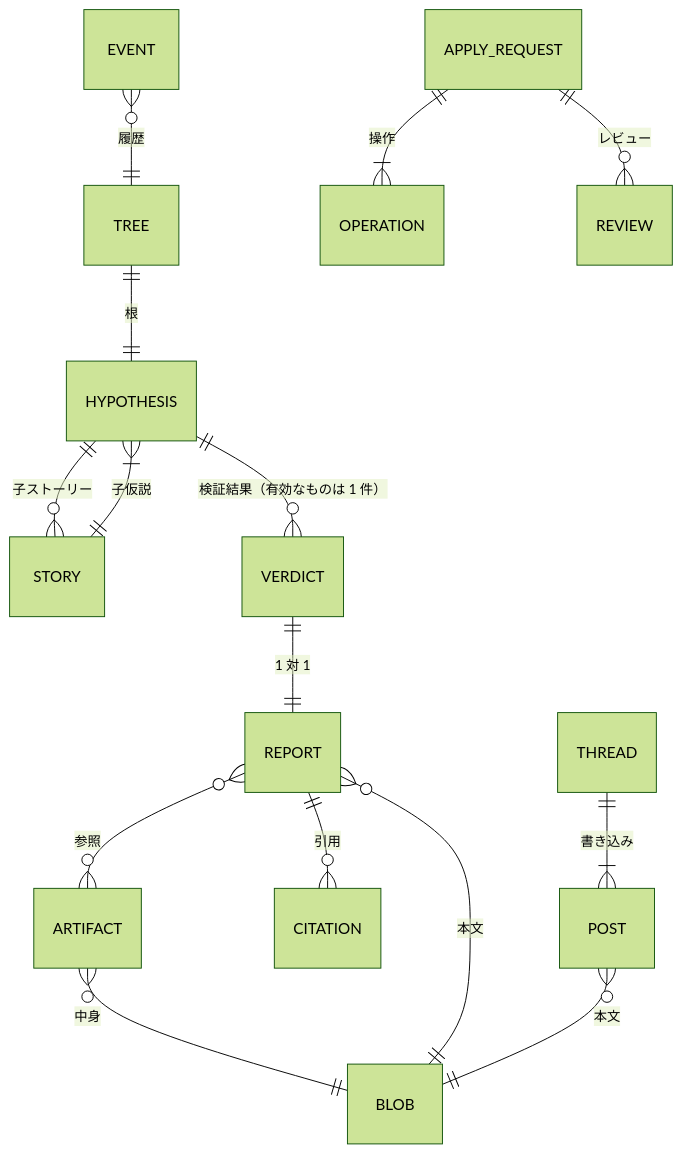
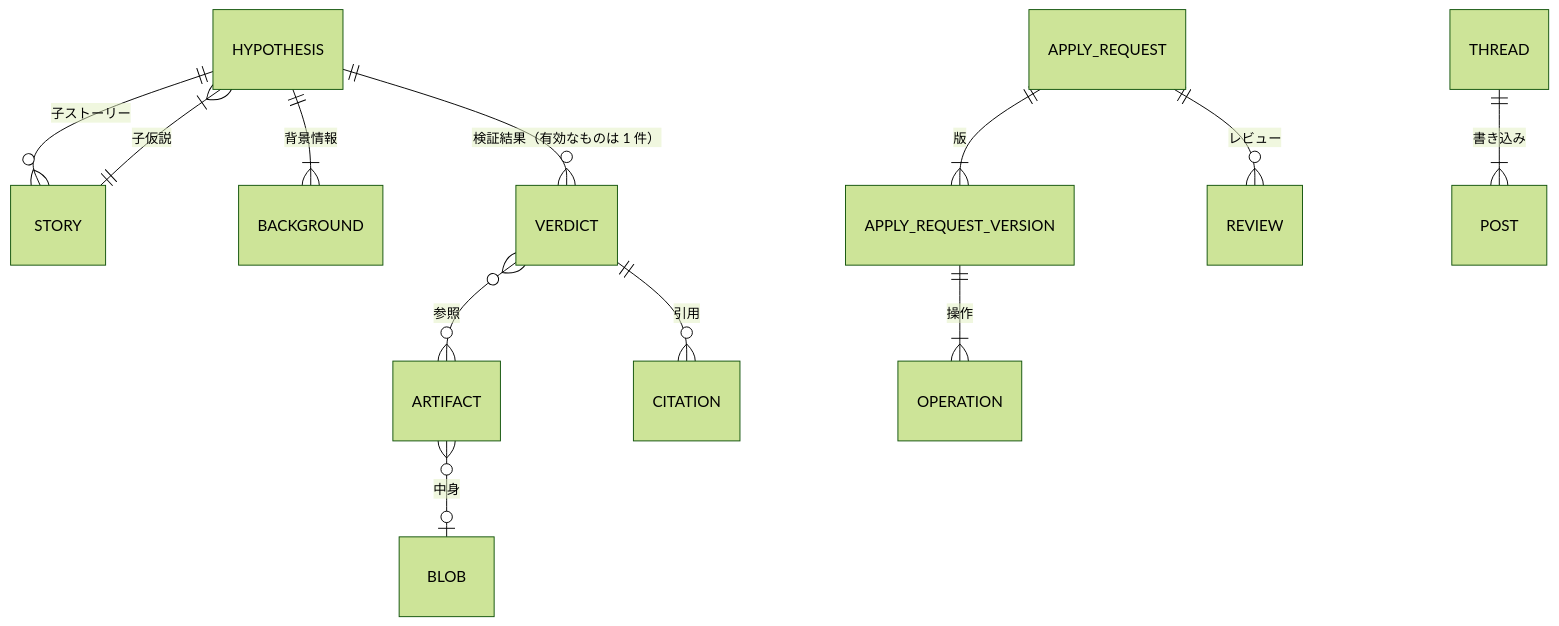
The diagram in design/data/README.md (yamambainc/logiforge), drawn with Mermaid (forest theme) before and after one commit. The commit also changed other lines of this file and 17 other files, not shown here.

````diff
--- a/design/data/README.md
+++ b/design/data/README.md
@@ -26,17 +32,14 @@
 ```mermaid
 erDiagram
-  TREE ||--|| HYPOTHESIS : "根"
   HYPOTHESIS ||--o{ STORY : "子ストーリー"
   STORY ||--|{ HYPOTHESIS : "子仮説"
+  HYPOTHESIS ||--|{ BACKGROUND : "背景情報"
   HYPOTHESIS ||--o{ VERDICT : "検証結果（有効なものは 1 件）"
-  VERDICT ||--|| REPORT : "1 対 1"
-  REPORT }o--o{ ARTIFACT : "参照"
-  REPORT ||--o{ CITATION : "引用"
-  APPLY_REQUEST ||--|{ OPERATION : "操作"
+  VERDICT }o--o{ ARTIFACT : "参照"
+  VERDICT ||--o{ CITATION : "引用"
+  APPLY_REQUEST ||--|{ APPLY_REQUEST_VERSION : "版"
+  APPLY_REQUEST_VERSION ||--|{ OPERATION : "操作"
   APPLY_REQUEST ||--o{ REVIEW : "レビュー"
   THREAD ||--|{ POST : "書き込み"
-  EVENT }o--|| TREE : "履歴"
-  ARTIFACT }o--|| BLOB : "中身"
-  REPORT }o--|| BLOB : "本文"
-  POST }o--|| BLOB : "本文"
+  ARTIFACT }o--o| BLOB : "中身"
 ```
````
